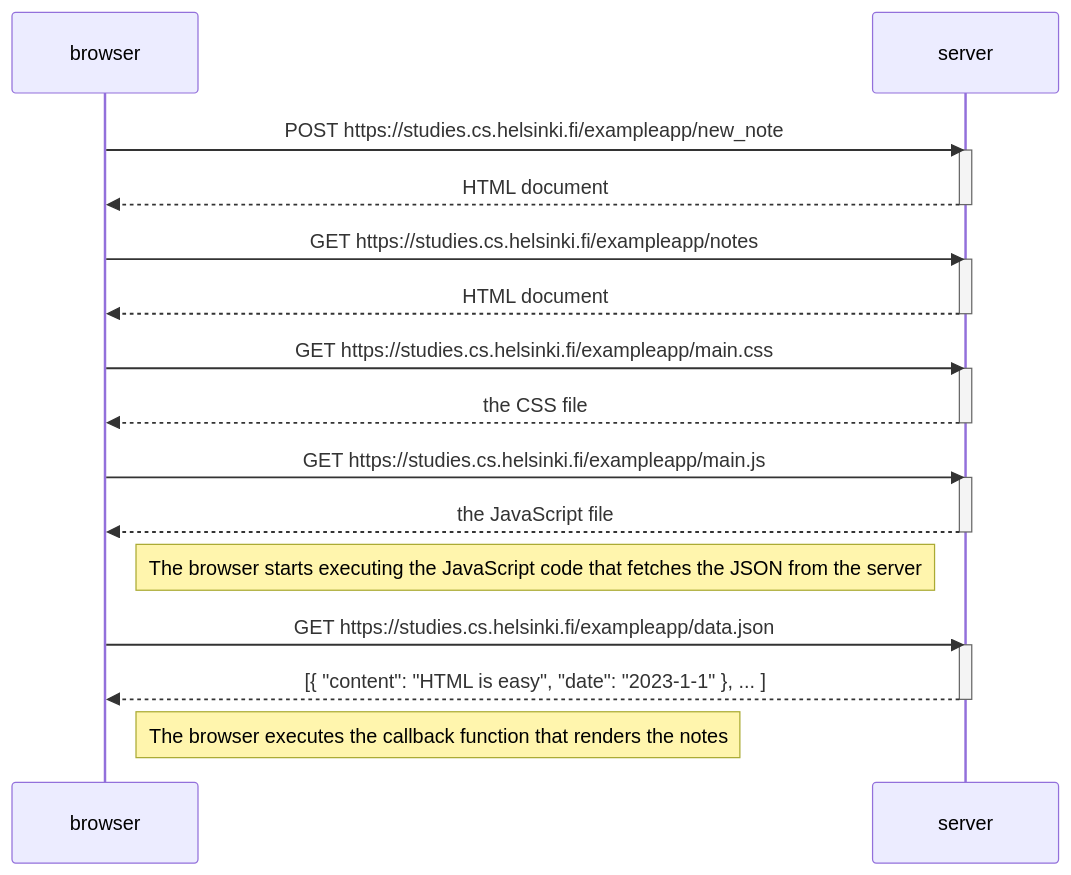
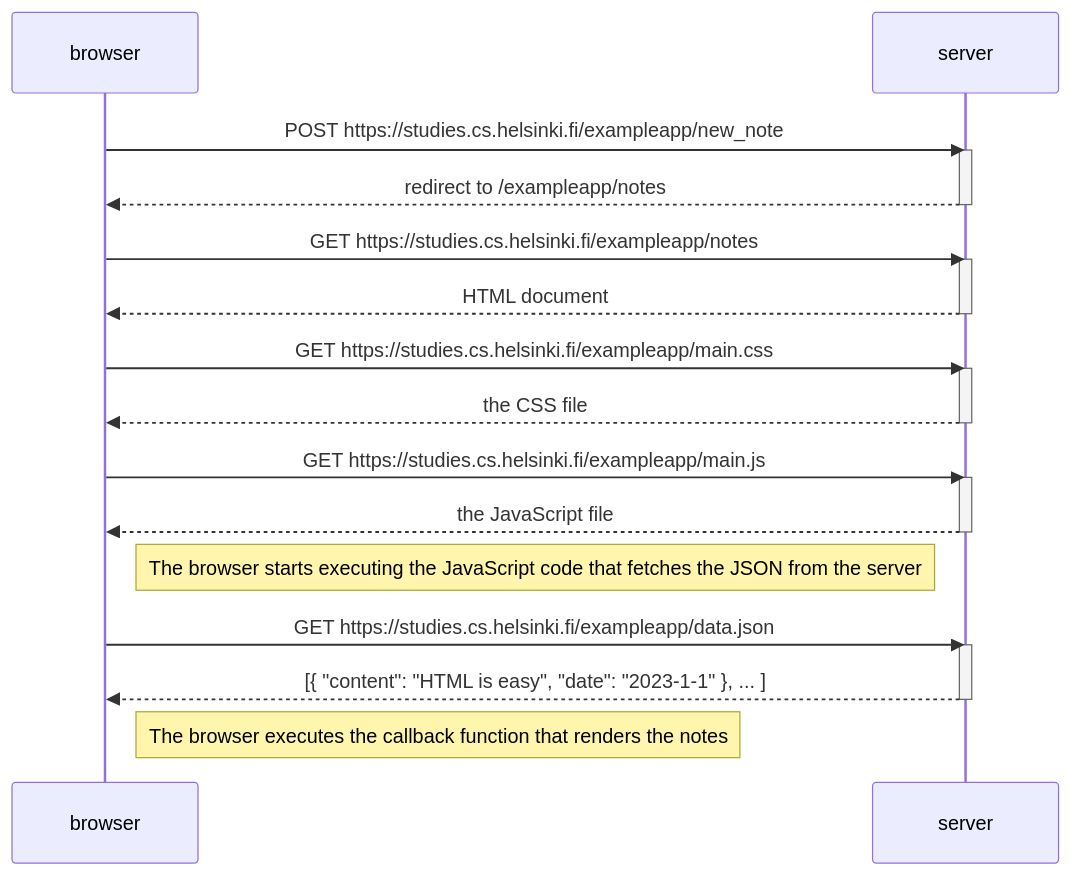
Before and after one commit to ada-only-one-ada/full-stack-open: the diagram in part0/4-new-note-diagram.md, drawn with Mermaid.

````diff
--- a/part0/4-new-note-diagram.md
+++ b/part0/4-new-note-diagram.md
@@ -1,35 +1,35 @@
 ```mermaid
 sequenceDiagram
     participant browser
     participant server
 
     browser->>server: POST https://studies.cs.helsinki.fi/exampleapp/new_note
     activate server
-    server-->>browser: HTML document
+    server-->>browser: redirect to /exampleapp/notes
     deactivate server
 
     browser->>server: GET https://studies.cs.helsinki.fi/exampleapp/notes
     activate server
     server-->>browser: HTML document
     deactivate server
 
     browser->>server: GET https://studies.cs.helsinki.fi/exampleapp/main.css
     activate server
     server-->>browser: the CSS file
     deactivate server
 
     browser->>server: GET https://studies.cs.helsinki.fi/exampleapp/main.js
     activate server
     server-->>browser: the JavaScript file
     deactivate server
 
     Note right of browser: The browser starts executing the JavaScript code that fetches the JSON from the server
 
     browser->>server: GET https://studies.cs.helsinki.fi/exampleapp/data.json
     activate server
     server-->>browser: [{ "content": "HTML is easy", "date": "2023-1-1" }, ... ]
     deactivate server
 
     Note right of browser: The browser executes the callback function that renders the notes
     
 ```
````
